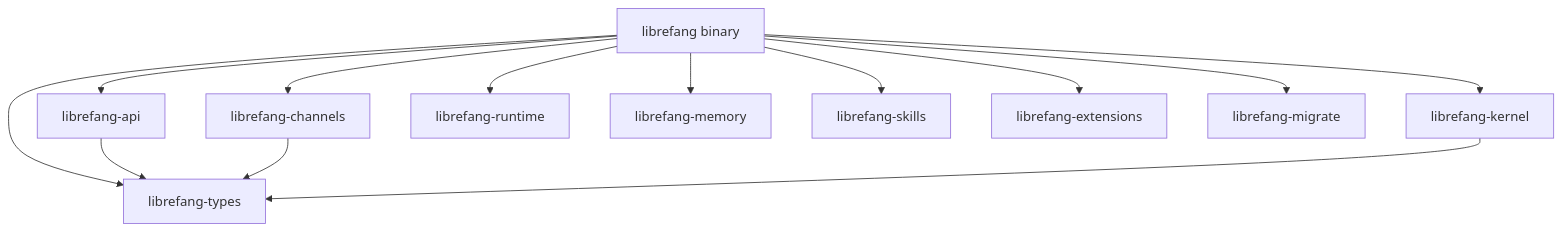
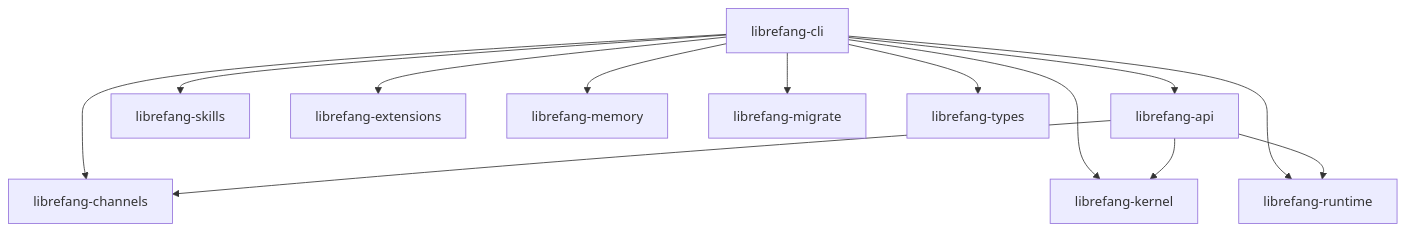
Before and after one commit to leszek3737/librefang-WIki: the diagram in other-librefang-cli.md, drawn with Mermaid. The commit also changed other lines of this file and 99 other files, not shown here.

````diff
--- a/other-librefang-cli.md
+++ b/other-librefang-cli.md
@@ -9,15 +32,15 @@
 ```mermaid
 graph TD
-    CLI[librefang binary] --> Kernel[librefang-kernel]
-    CLI --> API[librefang-api]
-    CLI --> Channels[librefang-channels]
-    CLI --> Runtime[librefang-runtime]
-    CLI --> Memory[librefang-memory]
-    CLI --> Skills[librefang-skills]
-    CLI --> Extensions[librefang-extensions]
-    CLI --> Migrate[librefang-migrate]
-    CLI --> Types[librefang-types]
-    API --> Types
-    Channels --> Types
-    Kernel --> Types
+    CLI[librefang-cli] --> API[librefang-api]
+    CLI --> KERNEL[librefang-kernel]
+    CLI --> RUNTIME[librefang-runtime]
+    CLI --> CHANNELS[librefang-channels]
+    CLI --> SKILLS[librefang-skills]
+    CLI --> EXTENSIONS[librefang-extensions]
+    CLI --> MEMORY[librefang-memory]
+    CLI --> MIGRATE[librefang-migrate]
+    CLI --> TYPES[librefang-types]
+    API --> CHANNELS
+    API --> KERNEL
+    API --> RUNTIME
 ```
````
